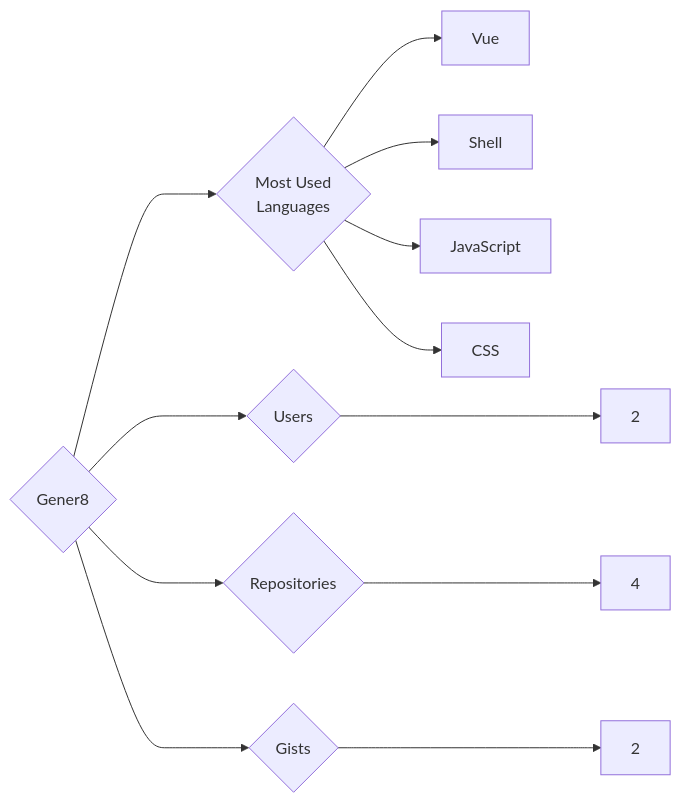
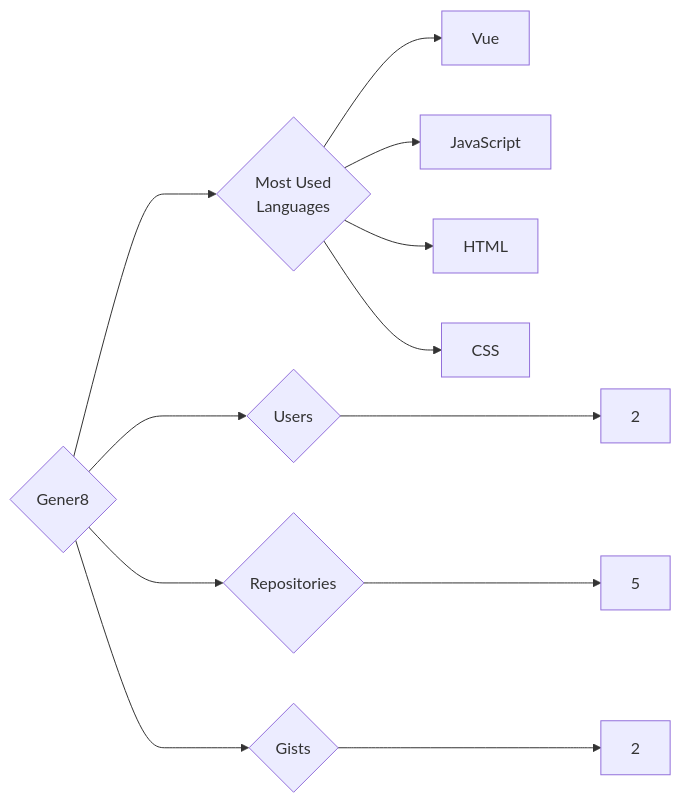
The diagram in targets/Gener8/README.md (trickest/insiders), drawn with Mermaid before and after one commit. The commit also changed 1055 other files, not shown here.

````diff
--- a/targets/Gener8/README.md
+++ b/targets/Gener8/README.md
@@ -3,12 +3,12 @@
 ```mermaid
 graph LR
 COMPANY_NAME{Gener8}
 COMPANY_NAME ---> U{Users} ---> UN[2]
-COMPANY_NAME ---> R{Repositories} ---> RN[4]
+COMPANY_NAME ---> R{Repositories} ---> RN[5]
 COMPANY_NAME ---> G{Gists} ---> GN[2]
 COMPANY_NAME ---> ML{Most Used<br>Languages}
 ML --> Vue[Vue]
-ML --> Shell[Shell]
 ML --> JavaScript[JavaScript]
+ML --> HTML[HTML]
 ML --> CSS[CSS]
 ```
````
